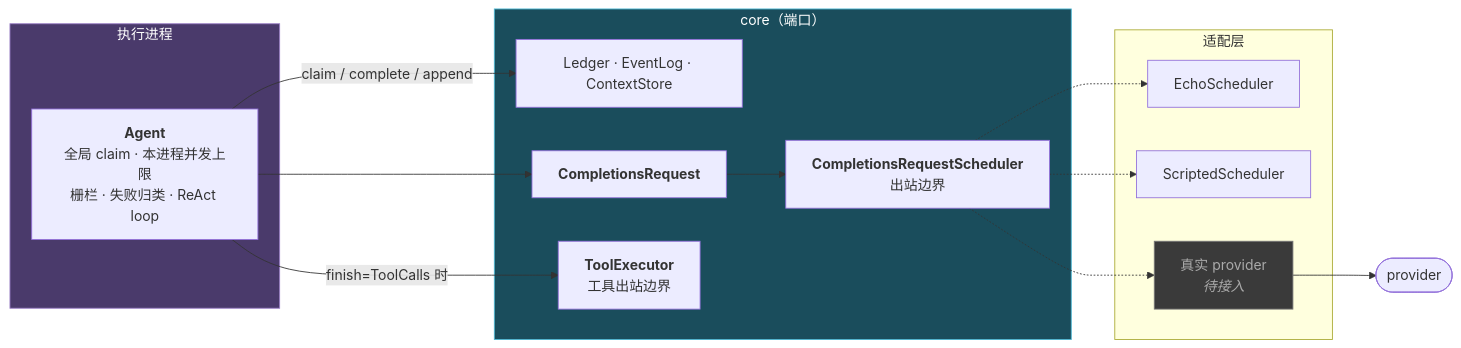
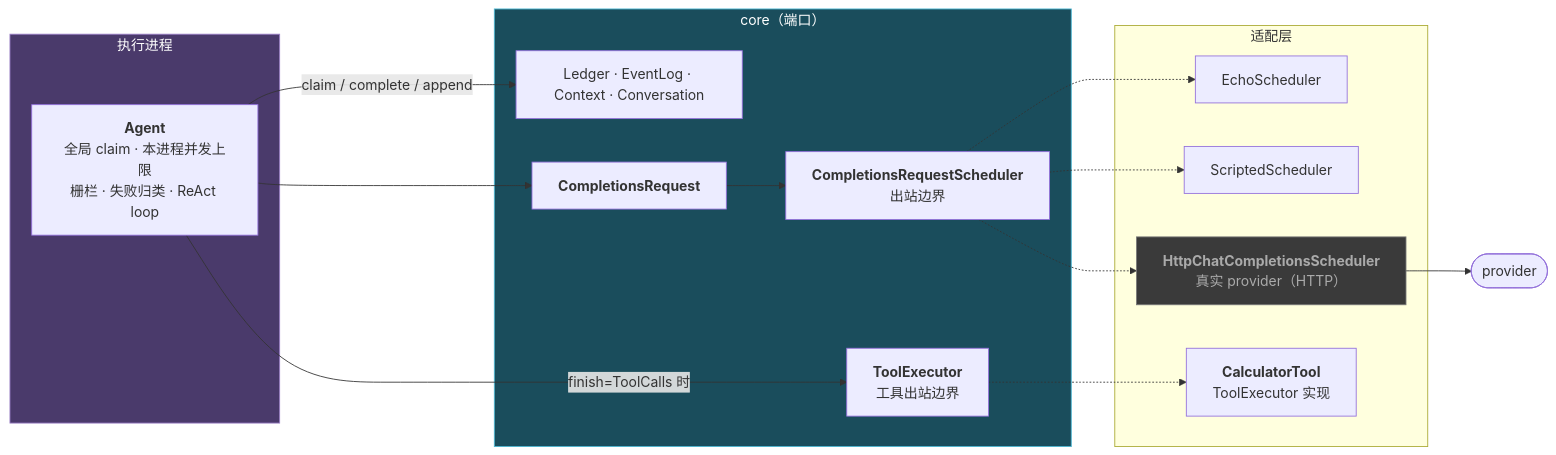
Before and after one commit to charleslyh/nova-chat: the seventh of 8 diagrams in docs/design/00-architecture-review.md, drawn with Mermaid. The commit also changed other lines of this file and 48 other files, not shown here.

````diff
--- a/docs/design/00-architecture-review.md
+++ b/docs/design/00-architecture-review.md
@@ -572,34 +534,36 @@
 ```mermaid
 graph LR
     subgraph AG["执行进程"]
         ENG["<b>Agent</b><br/>全局 claim · 本进程并发上限<br/>栅栏 · 失败归类 · ReAct loop"]
     end
 
     subgraph CORE["core（端口）"]
-        PORTS["Ledger · EventLog · ContextStore"]
+        PORTS["Ledger · EventLog · Context · Conversation"]
         REQ["<b>CompletionsRequest</b>"]
         SCH["<b>CompletionsRequestScheduler</b><br/>出站边界"]
         TOOL["<b>ToolExecutor</b><br/>工具出站边界"]
     end
 
     subgraph AD["适配层"]
         M1["EchoScheduler"]
         M2["ScriptedScheduler"]
-        M3["真实 provider<br/><i>待接入</i>"]
+        M3["<b>HttpChatCompletionsScheduler</b><br/>真实 provider（HTTP）"]
+        M4["<b>CalculatorTool</b><br/>ToolExecutor 实现"]
     end
 
     P(["provider"])
 
     ENG -->|"claim / complete / append"| PORTS
     ENG --> REQ
     ENG -->|"finish=ToolCalls 时"| TOOL
     REQ --> SCH
     SCH -.-> M1
     SCH -.-> M2
     SCH -.-> M3
+    TOOL -.-> M4
     M3 --> P
 
     style AG fill:#4a3a6b,stroke:#9b7fc7,color:#fff
     style CORE fill:#1a4d5c,stroke:#4db8d4,color:#fff
     style M3 fill:#3a3a3a,stroke:#777,color:#aaa
 ```
````
